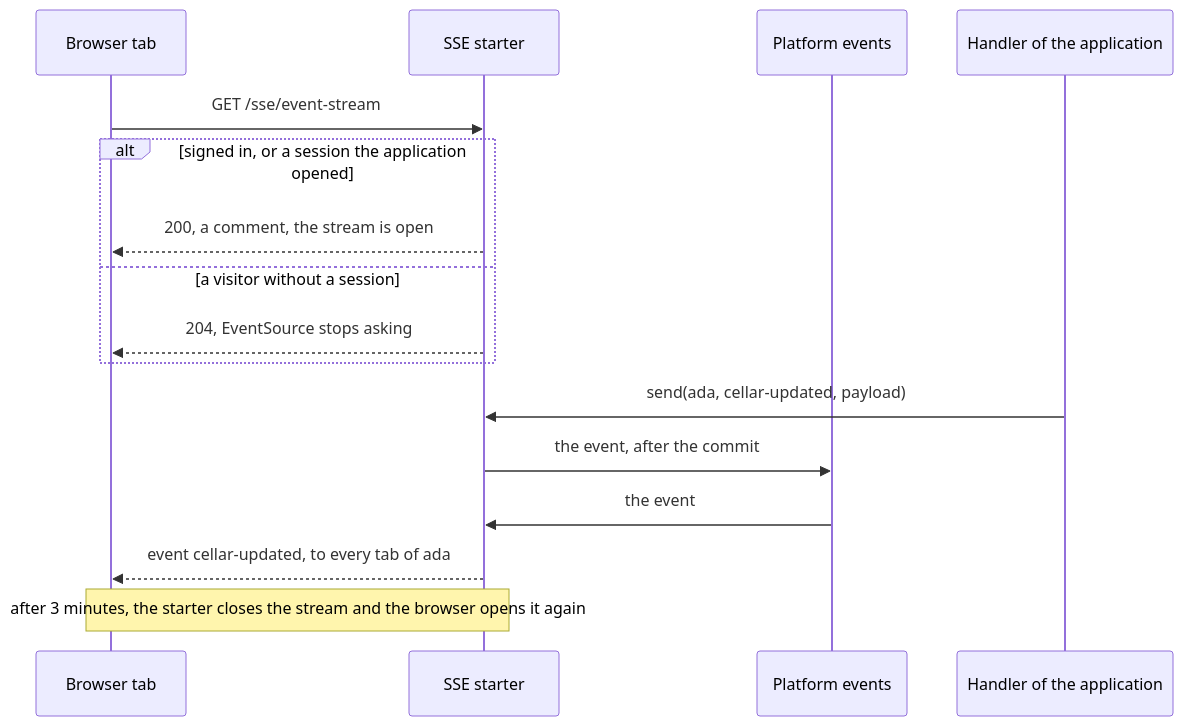
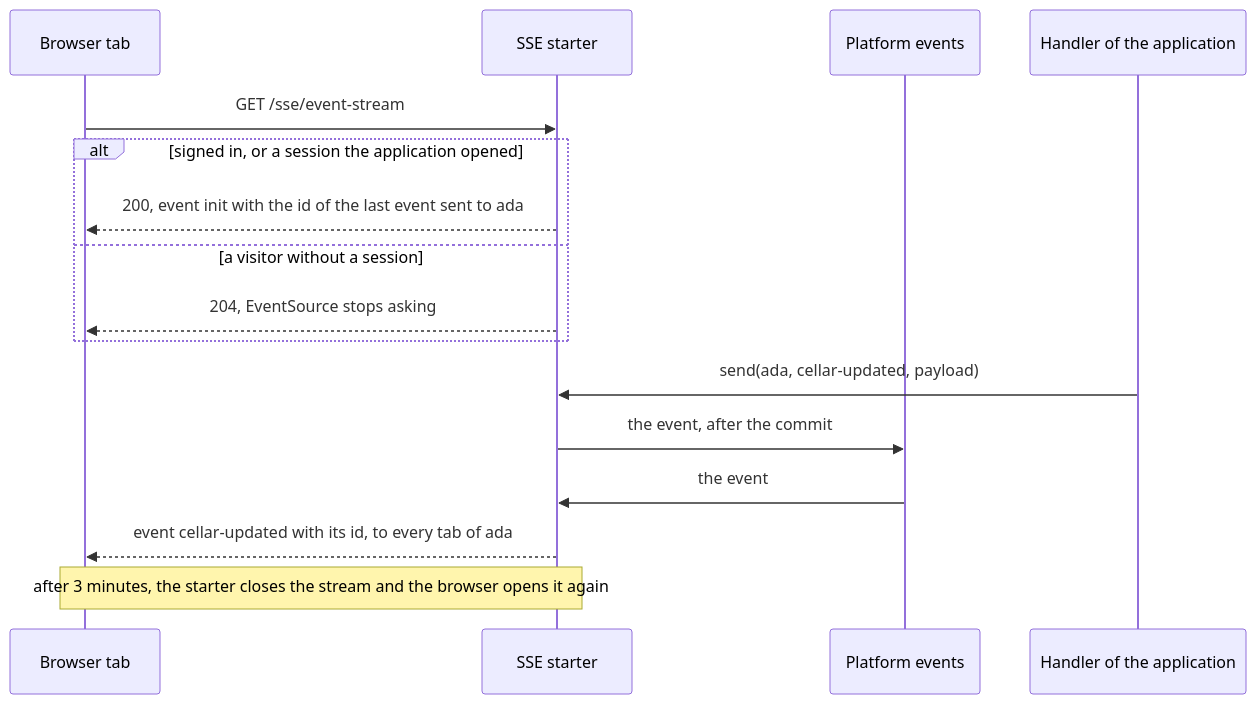
Before and after one commit to mboisnard/drinkit: the second of 3 diagrams in tech-starters/backend/sse-starter/README.md, drawn with Mermaid. The commit also changed other lines of this file and 16 other files, not shown here.

First line of the commit message:
[TECH-STARTER] Open each server events stream with the id of the last event its recipient got (#719)

````diff
--- a/tech-starters/backend/sse-starter/README.md
+++ b/tech-starters/backend/sse-starter/README.md
@@ -24,18 +25,18 @@
 ```mermaid
 sequenceDiagram
     participant Tab as Browser tab
     participant Starter as SSE starter
     participant Events as Platform events
     participant App as Handler of the application
     Tab->>Starter: GET /sse/event-stream
     alt signed in, or a session the application opened
-        Starter-->>Tab: 200, a comment, the stream is open
+        Starter-->>Tab: 200, event init with the id of the last event sent to ada
     else a visitor without a session
         Starter-->>Tab: 204, EventSource stops asking
     end
     App->>Starter: send(ada, cellar-updated, payload)
     Starter->>Events: the event, after the commit
     Events->>Starter: the event
-    Starter-->>Tab: event cellar-updated, to every tab of ada
+    Starter-->>Tab: event cellar-updated with its id, to every tab of ada
     Note over Starter,Tab: after 3 minutes, the starter closes the stream and the browser opens it again
 ```
````
